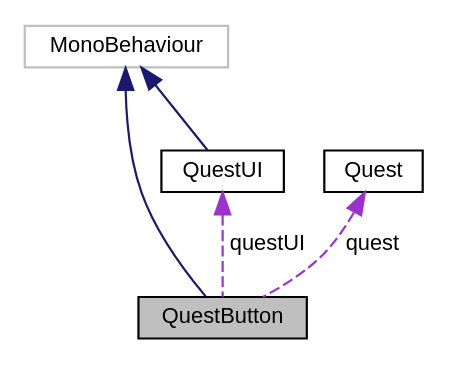
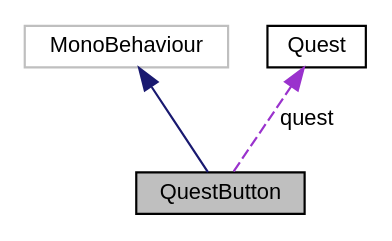
Before and after one commit to pet-informatica/pet-informatica.github.io: the diagram in cinquest/documentation/class_quest_button__coll__graph.dot, drawn with Graphviz. The commit also changed 2401 other files, not shown here.

```diff
--- a/cinquest/documentation/class_quest_button__coll__graph.dot
+++ b/cinquest/documentation/class_quest_button__coll__graph.dot
@@ -1,13 +1,10 @@
 digraph "QuestButton"
 {
   edge [fontname="Helvetica",fontsize="10",labelfontname="Helvetica",labelfontsize="10"];
   node [fontname="Helvetica",fontsize="10",shape=record];
-  Node1 [label="QuestButton",height=0.2,width=0.4,color="black", fillcolor="grey75", style="filled", fontcolor="black"];
-  Node2 -> Node1 [dir="back",color="midnightblue",fontsize="10",style="solid",fontname="Helvetica"];
-  Node2 [label="MonoBehaviour",height=0.2,width=0.4,color="grey75", fillcolor="white", style="filled"];
-  Node3 -> Node1 [dir="back",color="darkorchid3",fontsize="10",style="dashed",label=" questUI" ,fontname="Helvetica"];
-  Node3 [label="QuestUI",height=0.2,width=0.4,color="black", fillcolor="white", style="filled",URL="$class_quest_u_i.html",tooltip="Developed by: Higor (hcmb) Controls all the logic behind the Quest interface. Stores a list of quests..."];
-  Node2 -> Node3 [dir="back",color="midnightblue",fontsize="10",style="solid",fontname="Helvetica"];
-  Node4 -> Node1 [dir="back",color="darkorchid3",fontsize="10",style="dashed",label=" quest" ,fontname="Helvetica"];
+  Node2 [label="QuestButton",height=0.2,width=0.4,color="black", fillcolor="grey75", style="filled", fontcolor="black"];
+  Node3 -> Node2 [dir="back",color="midnightblue",fontsize="10",style="solid",fontname="Helvetica"];
+  Node3 [label="MonoBehaviour",height=0.2,width=0.4,color="grey75", fillcolor="white", style="filled"];
+  Node4 -> Node2 [dir="back",color="darkorchid3",fontsize="10",style="dashed",label=" quest" ,fontname="Helvetica"];
   Node4 [label="Quest",height=0.2,width=0.4,color="black", fillcolor="white", style="filled",URL="$class_quest.html",tooltip="Developed by: Peao (rngs); Class that represents a Quest. "];
 }
```
